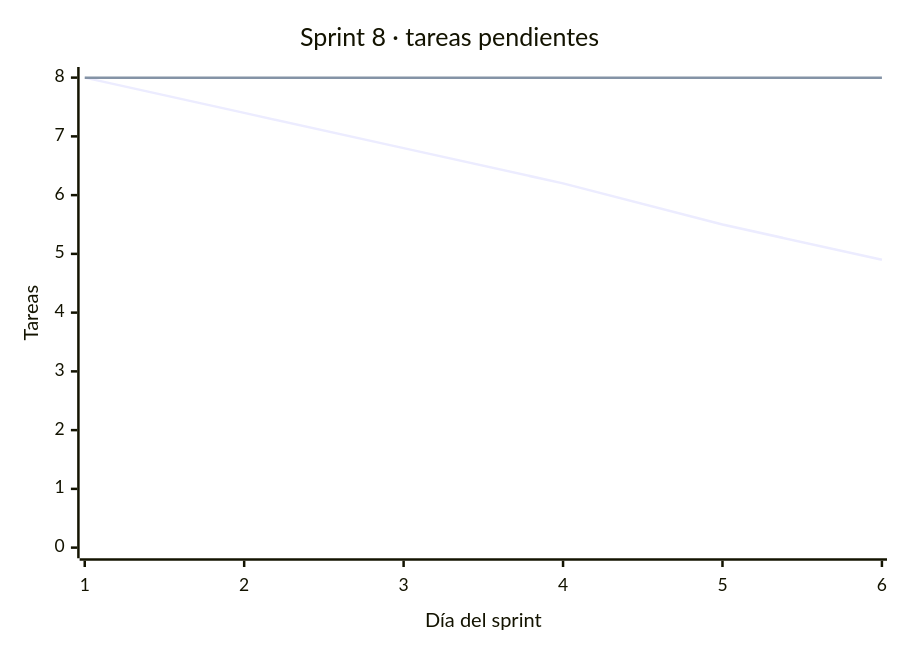
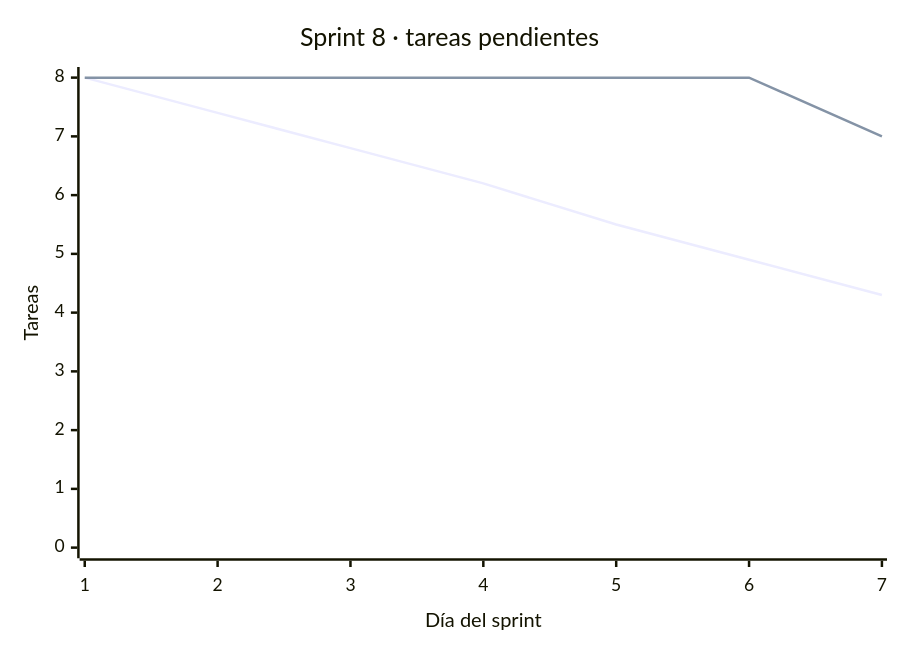
One commit to avenaaaa/KANCHA changed the diagram in fase-2-desarrollo/docs/scrum/sprint-08.md. Above: the diagram before and after it, drawn with Mermaid. The commit also changed other lines of this file and 18 other files, not shown here.

````diff
--- a/fase-2-desarrollo/docs/scrum/sprint-08.md
+++ b/fase-2-desarrollo/docs/scrum/sprint-08.md
@@ -64,8 +71,8 @@
 ```mermaid
 xychart-beta
     title "Sprint 8 · tareas pendientes"
-    x-axis "Día del sprint" [1, 2, 3, 4, 5, 6]
+    x-axis "Día del sprint" [1, 2, 3, 4, 5, 6, 7]
     y-axis "Tareas" 0 --> 8
-    line [8, 7.4, 6.8, 6.2, 5.5, 4.9]
-    line [8, 8, 8, 8, 8, 8]
+    line [8, 7.4, 6.8, 6.2, 5.5, 4.9, 4.3]
+    line [8, 8, 8, 8, 8, 8, 7]
 ```
````
